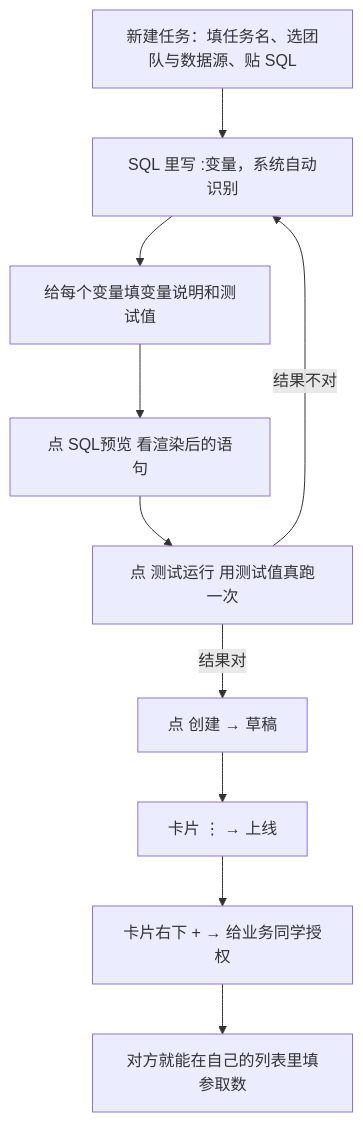
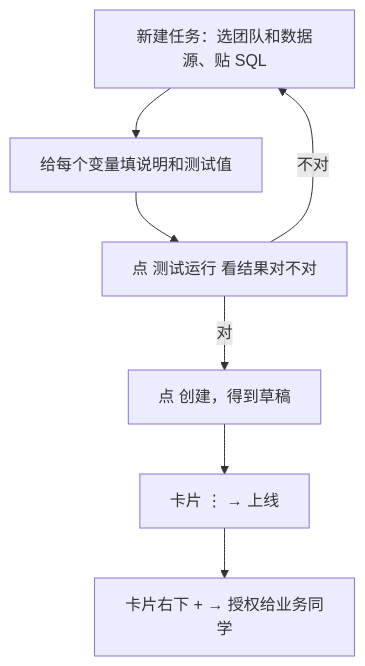
The diagram in docs/user-manual.md (guowei-xie/rubick), drawn with Mermaid before and after one commit. The commit also changed other lines of this file and 9 other files, not shown here.

Commit message:
用户手册精简为快速上手:只讲取数、订阅、让 AI Agent 取数、建任务与授权、FAQ,配 8 张演示实例截图(数据均为合成示例值);README 的手册入口文案随之更新

````diff
--- a/docs/user-manual.md
+++ b/docs/user-manual.md
@@ -207,12 +107,9 @@
 ```mermaid
 flowchart TD
-    A[新建任务：填任务名、选团队与数据源、贴 SQL] --> B[SQL 里写 :变量，系统自动识别]
-    B --> C[给每个变量填变量说明和测试值]
-    C --> D[点 SQL预览 看渲染后的语句]
-    D --> E[点 测试运行 用测试值真跑一次]
-    E -->|结果不对| B
-    E -->|结果对| F[点 创建 → 草稿]
-    F --> G[卡片 ⋮ → 上线]
-    G --> H[卡片右下 + → 给业务同学授权]
-    H --> I[对方就能在自己的列表里填参取数]
+    A[新建任务：选团队和数据源、贴 SQL] --> B[给每个变量填说明和测试值]
+    B --> C[点 测试运行 看结果对不对]
+    C -->|不对| A
+    C -->|对| D[点 创建，得到草稿]
+    D --> E[卡片 ⋮ → 上线]
+    E --> F[卡片右下 + → 授权给业务同学]
 ```
````
